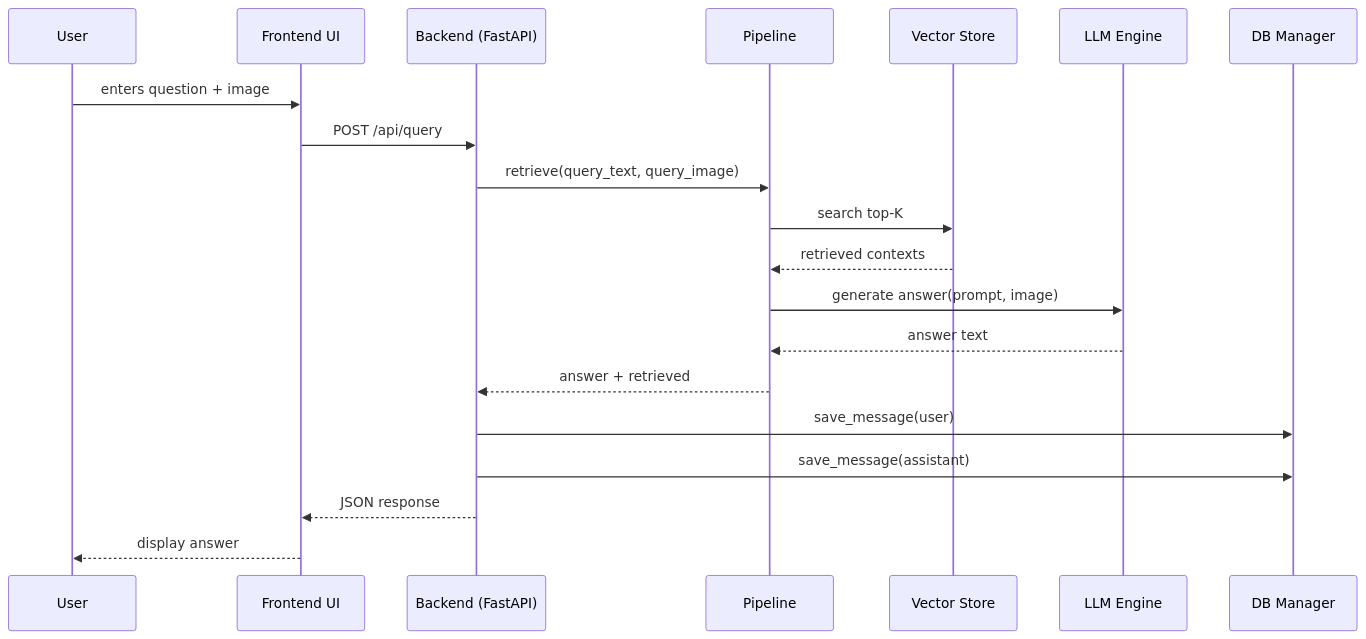
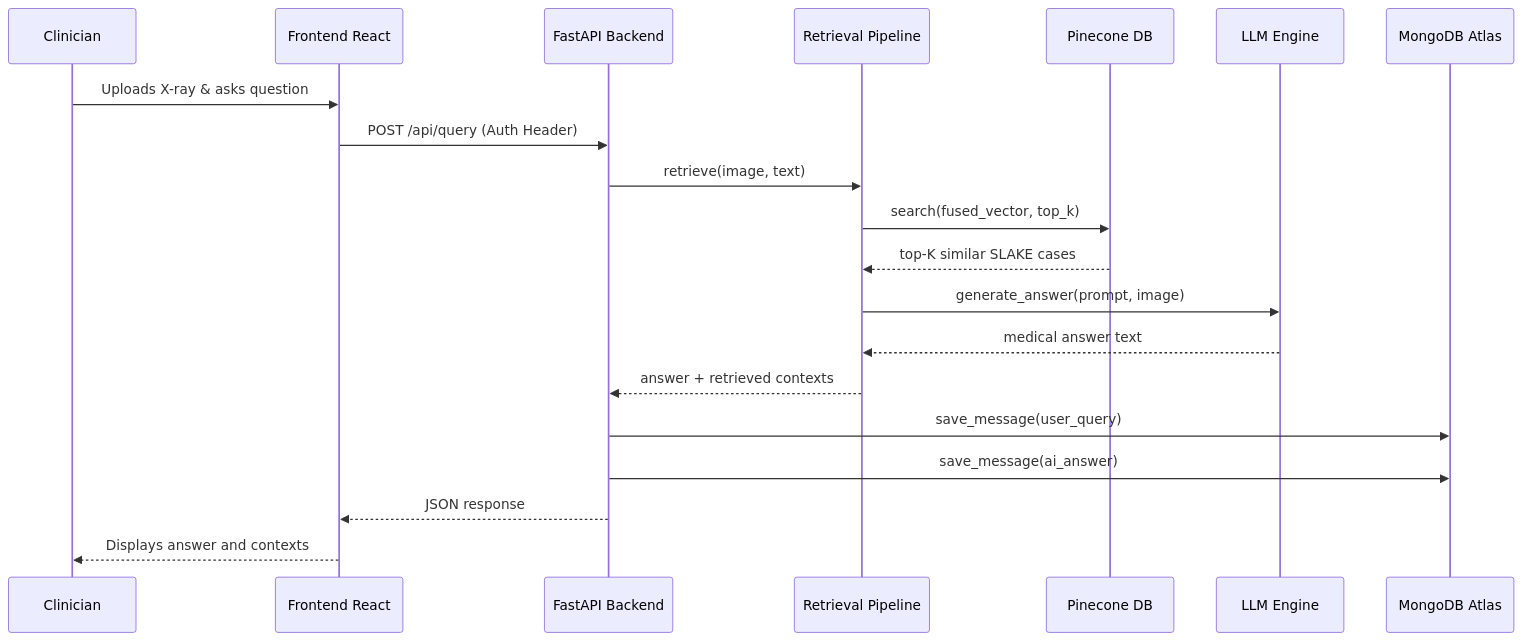
The seventh of 14 diagrams in diagram.md (Syeed7682/Capstone-Project-C), drawn with Mermaid before and after one commit. The commit also changed other lines of this file, not shown here.

Commit message:
docs: add comprehensive 14-diagram architecture suite for MedRAG-AI report

````diff
--- a/diagram.md
+++ b/diagram.md
@@ -207,23 +186,23 @@
 ```mermaid
 sequenceDiagram
-  participant U as User
-  participant F as Frontend UI
-  participant B as Backend (FastAPI)
-  participant P as Pipeline
-  participant V as Vector Store
-  participant L as LLM Engine
-  participant D as DB Manager
+    participant U as Clinician
+    participant UI as Frontend React
+    participant API as FastAPI Backend
+    participant RAG as Retrieval Pipeline
+    participant VDB as Pinecone DB
+    participant LLM as LLM Engine
+    participant DB as MongoDB Atlas
 
-  U->>F: enters question + image
-  F->>B: POST /api/query
-  B->>P: retrieve(query_text, query_image)
-  P->>V: search top-K
-  V-->>P: retrieved contexts
-  P->>L: generate answer(prompt, image)
-  L-->>P: answer text
-  P-->>B: answer + retrieved
-  B->>D: save_message(user)
-  B->>D: save_message(assistant)
-  B-->>F: JSON response
-  F-->>U: display answer
+    U->>UI: Uploads X-ray & asks question
+    UI->>API: POST /api/query (Auth Header)
+    API->>RAG: retrieve(image, text)
+    RAG->>VDB: search(fused_vector, top_k)
+    VDB-->>RAG: top-K similar SLAKE cases
+    RAG->>LLM: generate_answer(prompt, image)
+    LLM-->>RAG: medical answer text
+    RAG-->>API: answer + retrieved contexts
+    API->>DB: save_message(user_query)
+    API->>DB: save_message(ai_answer)
+    API-->>UI: JSON response
+    UI-->>U: Displays answer and contexts
 ```
````
